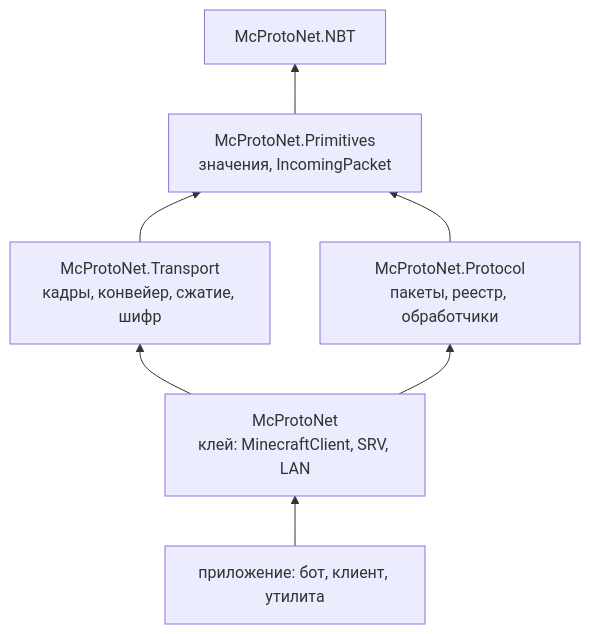
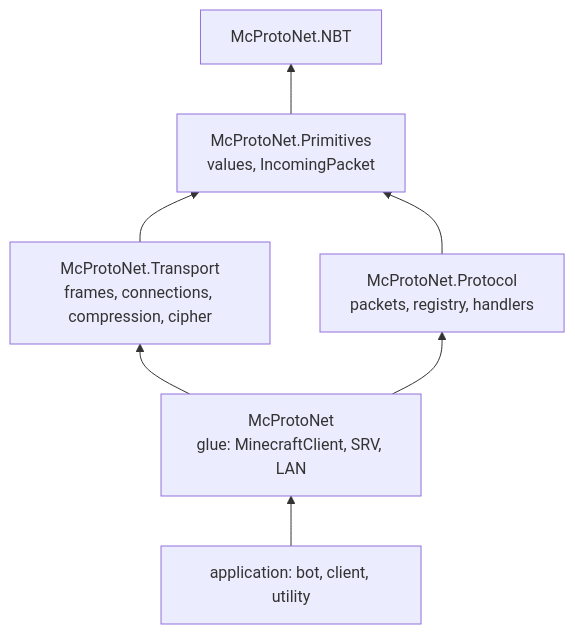
Before and after one commit to Titlehhhh/McProtoNet: the diagram in docs/site/docs/03-architecture/02-who-knows-whom.md, drawn with Mermaid. The commit also changed other lines of this file and 61 other files, not shown here.

````diff
--- a/docs/site/docs/03-architecture/02-who-knows-whom.md
+++ b/docs/site/docs/03-architecture/02-who-knows-whom.md
@@ -5,9 +5,9 @@
 ```mermaid
 flowchart BT
-    app["приложение: бот, клиент, утилита"] --> glue
-    glue["McProtoNet<br/>клей: MinecraftClient, SRV, LAN"] --> transport
+    app["application: bot, client, utility"] --> glue
+    glue["McProtoNet<br/>glue: MinecraftClient, SRV, LAN"] --> transport
     glue --> protocol
-    transport["McProtoNet.Transport<br/>кадры, конвейер, сжатие, шифр"] --> primitives
-    protocol["McProtoNet.Protocol<br/>пакеты, реестр, обработчики"] --> primitives
-    primitives["McProtoNet.Primitives<br/>значения, IncomingPacket"] --> nbt["McProtoNet.NBT"]
+    transport["McProtoNet.Transport<br/>frames, connections, compression, cipher"] --> primitives
+    protocol["McProtoNet.Protocol<br/>packets, registry, handlers"] --> primitives
+    primitives["McProtoNet.Primitives<br/>values, IncomingPacket"] --> nbt["McProtoNet.NBT"]
 ```
````
